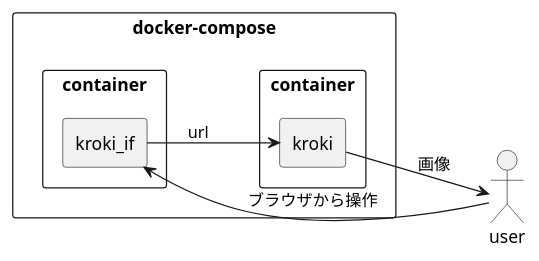
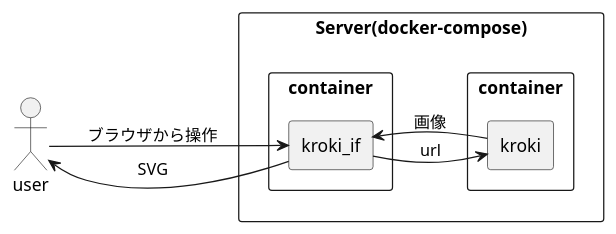
One commit to mdwl23/kroki_if changed the diagram in system_arch.pu. Above: the diagram before and after it, drawn with PlantUML. The commit also changed 4 other files, not shown here.

```diff
--- a/system_arch.pu
+++ b/system_arch.pu
@@ -1,16 +1,17 @@
 skinparam defaultFontName Meiryo
 left to right direction
 
 actor user
-rectangle docker-compose{
+rectangle Server(docker-compose){
   rectangle container as c1{
     rectangle "kroki_if" as kroki_if
   }
   rectangle container as c2{
     rectangle "kroki" as kroki
   }
 }
 
 user-->kroki_if: ブラウザから操作
 kroki_if-->kroki: url
-kroki-->user: 画像
+kroki-->kroki_if: 画像
+kroki_if-->user: SVG
```
